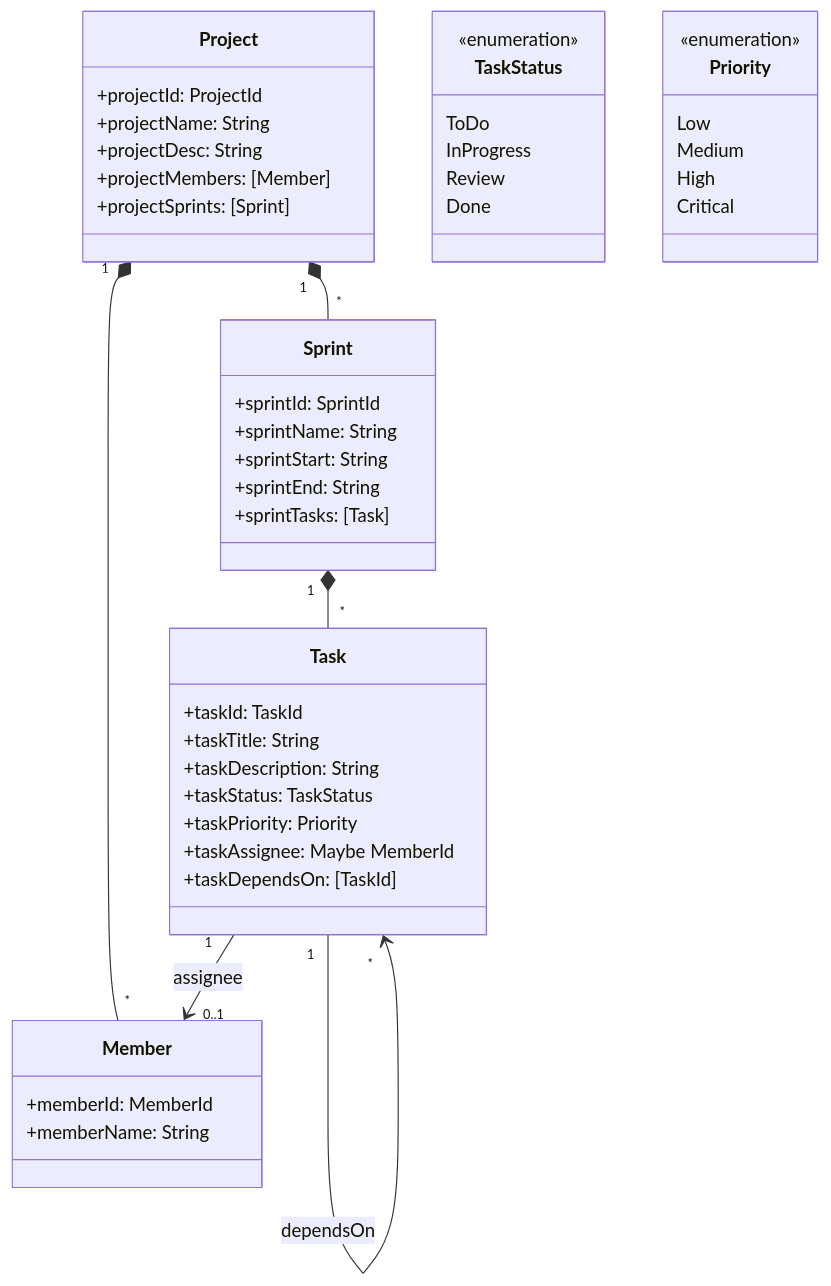
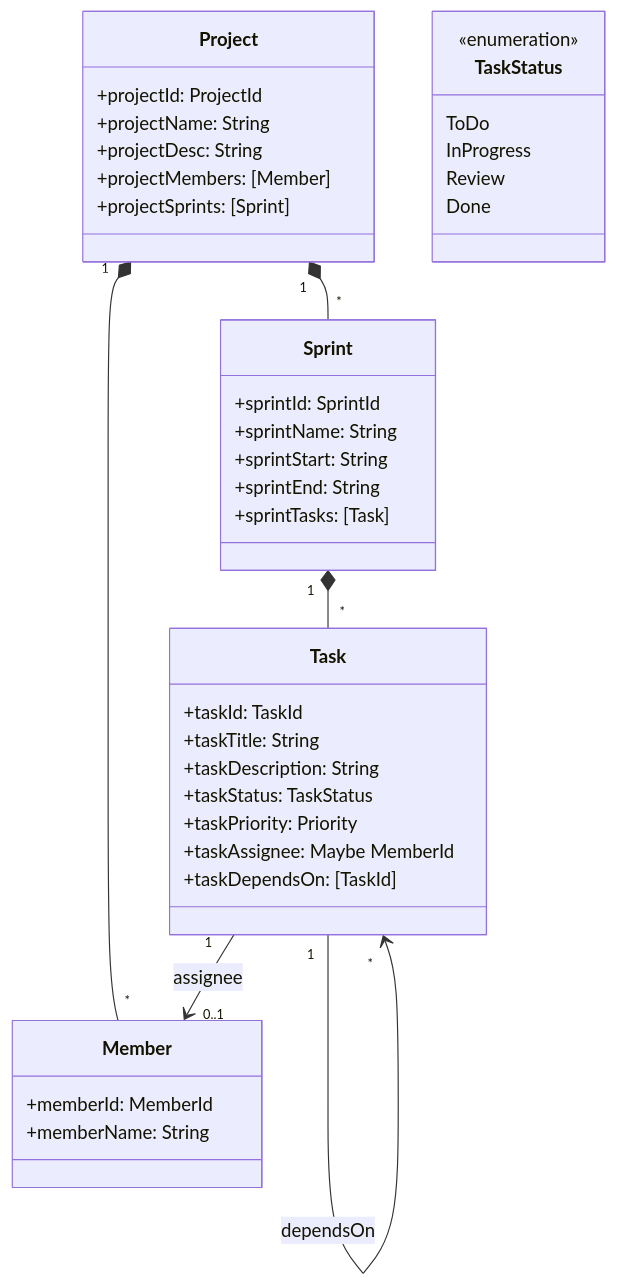
One commit to dalilaloureiro/gestor-de-projetos changed the diagram in docs/modelo.md. Above: the diagram before and after it, drawn with Mermaid. The commit also changed other lines of this file and 10 other files, not shown here.

````diff
--- a/docs/modelo.md
+++ b/docs/modelo.md
@@ -9,55 +9,47 @@
 ```mermaid
 classDiagram
     class Project {
         +projectId: ProjectId
         +projectName: String
         +projectDesc: String
         +projectMembers: [Member]
         +projectSprints: [Sprint]
     }
 
     class Sprint {
         +sprintId: SprintId
         +sprintName: String
         +sprintStart: String
         +sprintEnd: String
         +sprintTasks: [Task]
     }
 
     class Task {
         +taskId: TaskId
         +taskTitle: String
         +taskDescription: String
         +taskStatus: TaskStatus
         +taskPriority: Priority
         +taskAssignee: Maybe MemberId
         +taskDependsOn: [TaskId]
     }
 
     class Member {
         +memberId: MemberId
         +memberName: String
     }
 
     class TaskStatus {
         <<enumeration>>
         ToDo
         InProgress
         Review
         Done
     }
 
-    class Priority {
-        <<enumeration>>
-        Low
-        Medium
-        High
-        Critical
-    }
-
     Project "1" *-- "*" Sprint
     Project "1" *-- "*" Member
     Sprint "1" *-- "*" Task
     Task "1" --> "*" Task : dependsOn
     Task "1" --> "0..1" Member : assignee
 ```
````
